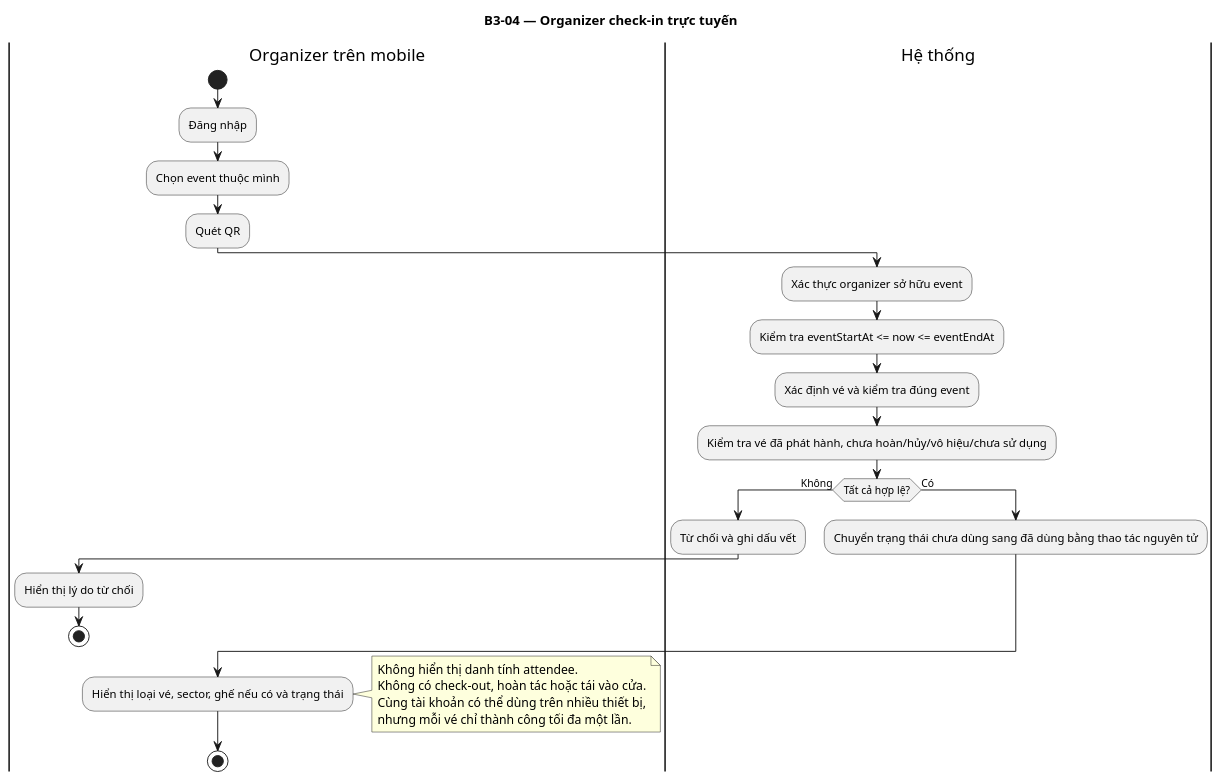
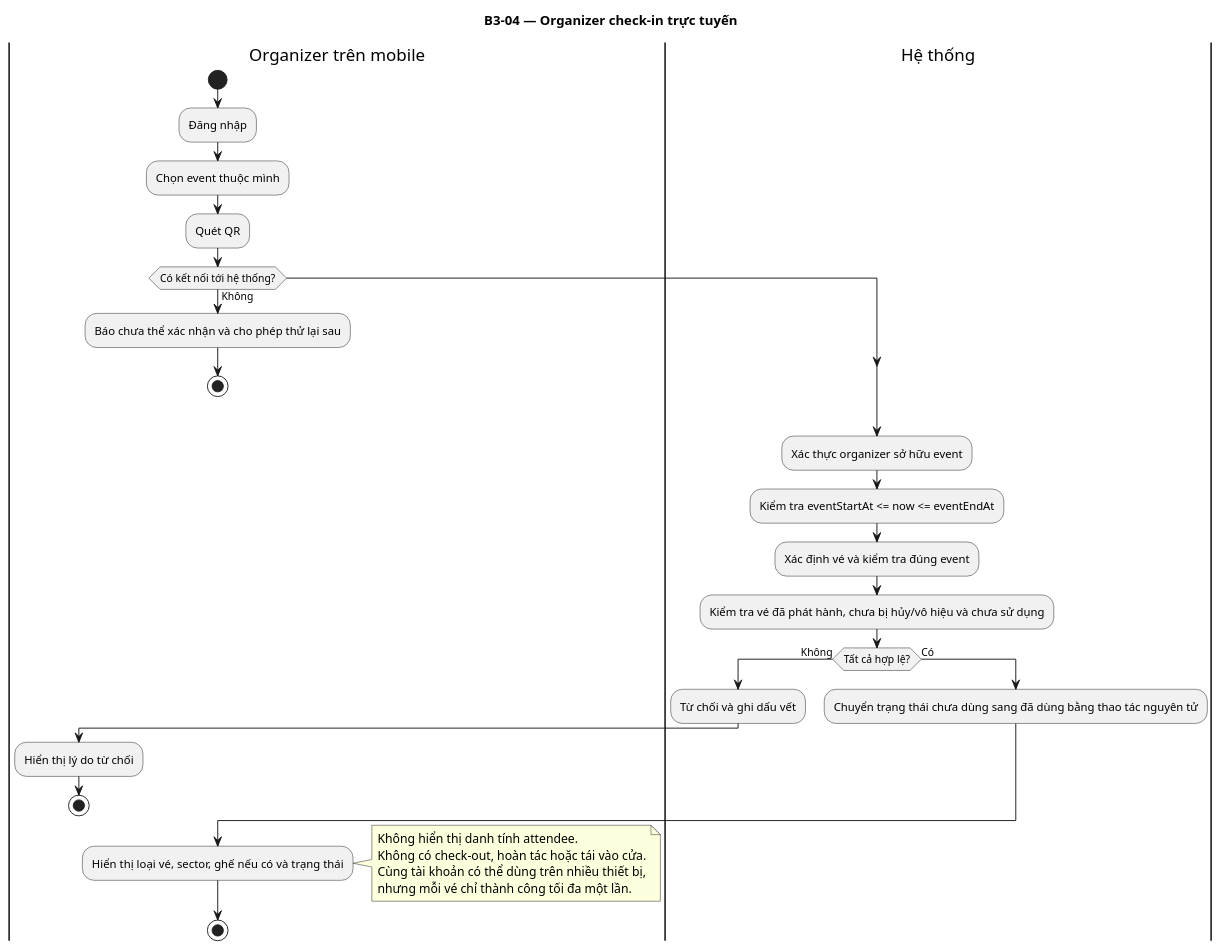
One commit to levanminh04/flash-ticket-platform changed the diagram in docs/diagrams/src/B3-04-online-check-in.puml. Above: the diagram before and after it, drawn with PlantUML. The commit also changed 14 other files, not shown here.

```diff
--- a/docs/diagrams/src/B3-04-online-check-in.puml
+++ b/docs/diagrams/src/B3-04-online-check-in.puml
@@ -1,34 +1,38 @@
 @startuml
 title B3-04 — Organizer check-in trực tuyến
 
 |Organizer trên mobile|
 start
 :Đăng nhập;
 :Chọn event thuộc mình;
 :Quét QR;
+if (Có kết nối tới hệ thống?) then (Không)
+  :Báo chưa thể xác nhận và cho phép thử lại sau;
+  stop
+endif
 
 |Hệ thống|
 :Xác thực organizer sở hữu event;
 :Kiểm tra eventStartAt <= now <= eventEndAt;
 :Xác định vé và kiểm tra đúng event;
-:Kiểm tra vé đã phát hành, chưa hoàn/hủy/vô hiệu/chưa sử dụng;
+:Kiểm tra vé đã phát hành, chưa bị hủy/vô hiệu và chưa sử dụng;
 if (Tất cả hợp lệ?) then (Không)
   :Từ chối và ghi dấu vết;
   |Organizer trên mobile|
   :Hiển thị lý do từ chối;
   stop
 else (Có)
   |Hệ thống|
   :Chuyển trạng thái chưa dùng sang đã dùng bằng thao tác nguyên tử;
 endif
 
 |Organizer trên mobile|
 :Hiển thị loại vé, sector, ghế nếu có và trạng thái;
 note right
 Không hiển thị danh tính attendee.
 Không có check-out, hoàn tác hoặc tái vào cửa.
 Cùng tài khoản có thể dùng trên nhiều thiết bị,
 nhưng mỗi vé chỉ thành công tối đa một lần.
 end note
 stop
 @enduml
```
